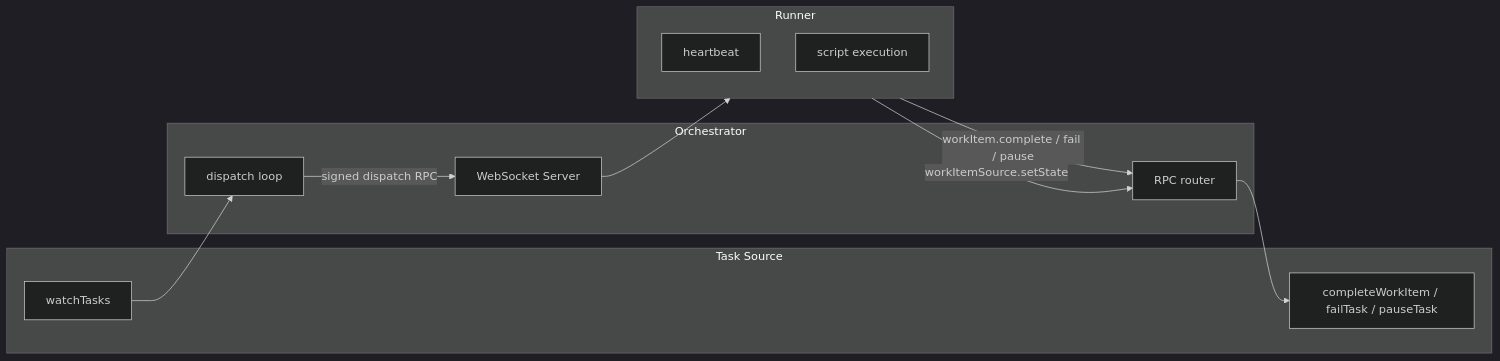
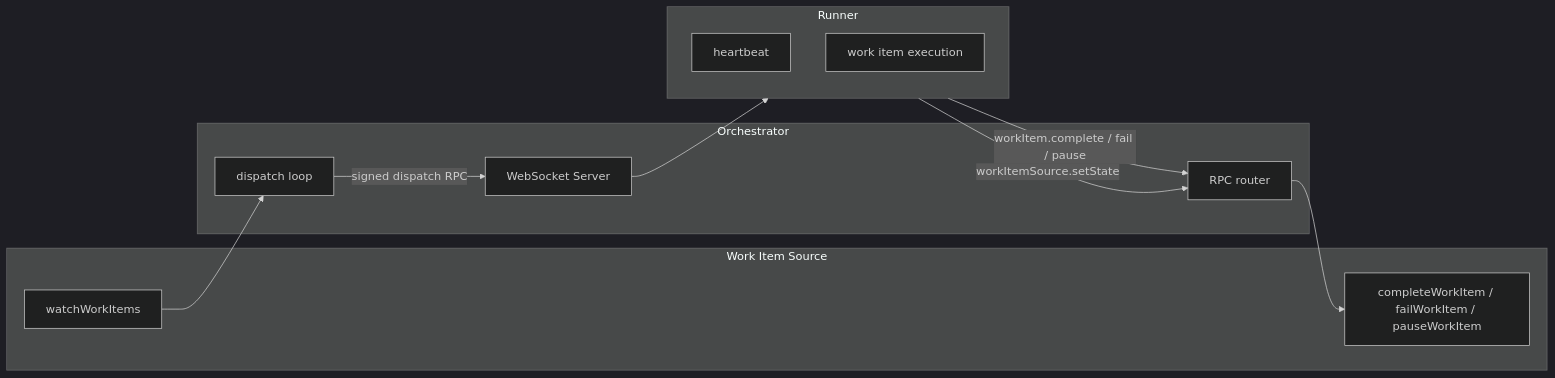
One commit to devzeebo/bifrost changed the diagram in orchestrator-v2/docs/README.md. Above: the diagram before and after it, drawn with Mermaid (dark theme). The commit also changed other lines of this file and 9 other files, not shown here.

````diff
--- a/orchestrator-v2/docs/README.md
+++ b/orchestrator-v2/docs/README.md
@@ -18,25 +18,25 @@
 ```mermaid
 flowchart LR
-  subgraph source [Task Source]
-    TS[watchTasks]
-    CT[completeWorkItem / failTask / pauseTask]
+  subgraph source [Work Item Source]
+    TS[watchWorkItems]
+    CT[completeWorkItem / failWorkItem / pauseWorkItem]
   end
 
   subgraph orch [Orchestrator]
     WS[WebSocket Server]
     DISP[dispatch loop]
     RPC[RPC router]
   end
 
   subgraph runner [Runner]
     HB[heartbeat]
-    EXEC[script execution]
+    EXEC[work item execution]
   end
 
   TS --> DISP
   DISP -->|signed dispatch RPC| WS
   WS --> runner
   runner -->|workItem.complete / fail / pause| RPC
   RPC --> CT
   runner -->|workItemSource.setState| RPC
 ```
````
